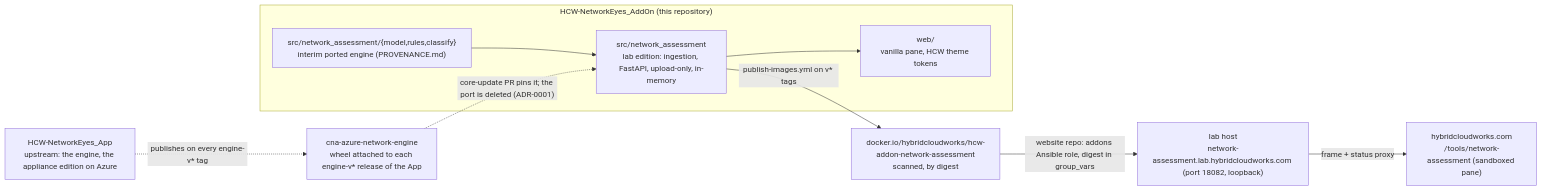
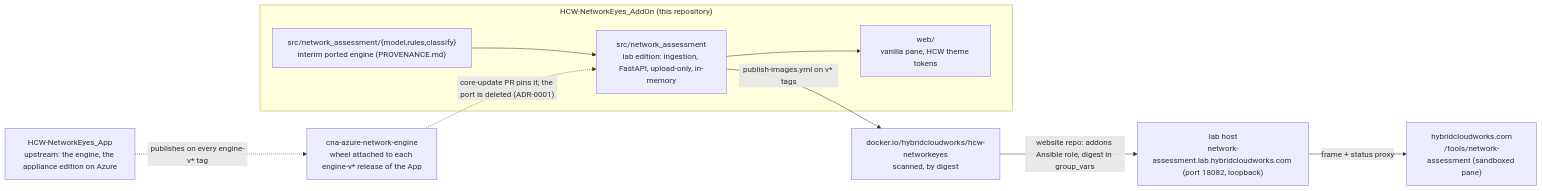
Before and after one commit to saulpatinojr/HCW-NetworkEyes_AddOn: the diagram in README.md, drawn with Mermaid. The commit also changed other lines of this file and 8 other files, not shown here.

First line of the commit message:
Lab image repository follows the owner naming convention (hcw-<app>)

````diff
--- a/README.md
+++ b/README.md
@@ -33,19 +33,19 @@
 ```mermaid
 flowchart LR
   Core["HCW-NetworkEyes_App<br/>upstream: the engine, the appliance edition on Azure"]
   Wheel["cna-azure-network-engine<br/>wheel attached to each engine-v* release of the App"]
   subgraph AddOn["HCW-NetworkEyes_AddOn (this repository)"]
     Port["src/network_assessment/{model,rules,classify}<br/>interim ported engine (PROVENANCE.md)"]
     Lab["src/network_assessment<br/>lab edition: ingestion, FastAPI, upload-only, in-memory"]
     Pane["web/<br/>vanilla pane, HCW theme tokens"]
     Port --> Lab --> Pane
   end
-  Image["docker.io/hybridcloudworks/hcw-addon-network-assessment<br/>scanned, by digest"]
+  Image["docker.io/hybridcloudworks/hcw-networkeyes<br/>scanned, by digest"]
   Host["lab host<br/>network-assessment.lab.hybridcloudworks.com (port 18082, loopback)"]
   Site["hybridcloudworks.com<br/>/tools/network-assessment (sandboxed pane)"]
   Core -. "publishes on every engine-v* tag" .-> Wheel
   Wheel -. "core-update PR pins it; the port is deleted (ADR-0001)" .-> Lab
   Lab -- "publish-images.yml on v* tags" --> Image
   Image -- "website repo: addons Ansible role, digest in group_vars" --> Host
   Host -- "frame + status proxy" --> Site
 ```
````
